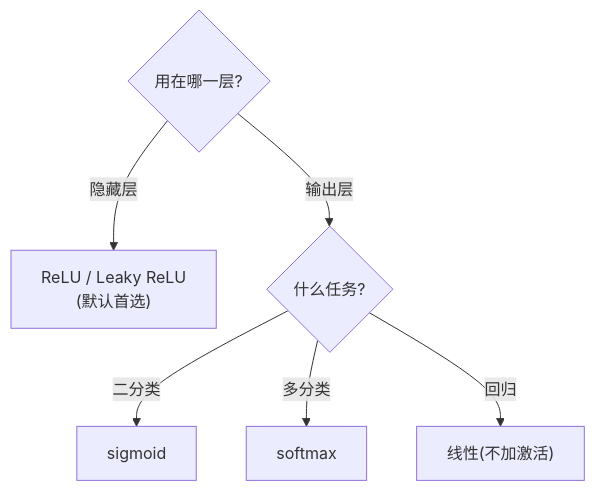
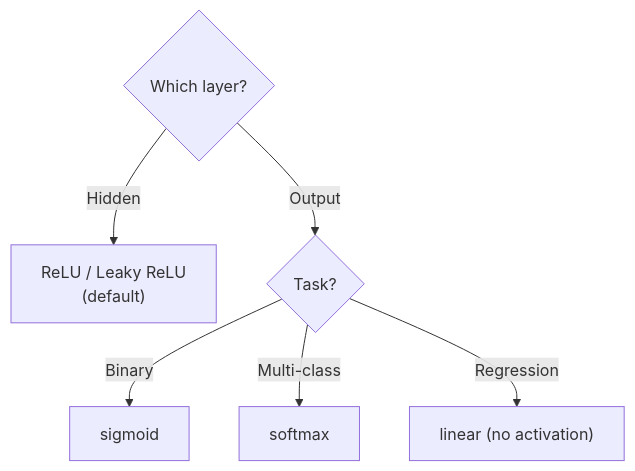
Before and after one commit to Korotomx/STD: the second of 4 diagrams in Artificial_Intelligence/DeepLearningRM/学习笔记/概念原理/N004 激活函数sigmoid-tanh-relu-leakyrelu.md, drawn with Mermaid. The commit also changed other lines of this file and 173 other files, not shown here.

````diff
--- a/Artificial_Intelligence/DeepLearningRM/学习笔记/概念原理/N004 激活函数sigmoid-tanh-relu-leakyrelu.md
+++ b/Artificial_Intelligence/DeepLearningRM/学习笔记/概念原理/N004 激活函数sigmoid-tanh-relu-leakyrelu.md
@@ -60,8 +29,8 @@
 ```mermaid
 flowchart TD
-    Q{"用在哪一层?"} -->|隐藏层| H["ReLU / Leaky ReLU<br/>(默认首选)"]
-    Q -->|输出层| R{"什么任务?"}
-    R -->|二分类| S["sigmoid"]
-    R -->|多分类| T["softmax"]
-    R -->|回归| U["线性(不加激活)"]
+    Q{"Which layer?"} -->|Hidden| H["ReLU / Leaky ReLU<br/>(default)"]
+    Q -->|Output| R{"Task?"}
+    R -->|Binary| S["sigmoid"]
+    R -->|Multi-class| T["softmax"]
+    R -->|Regression| U["linear (no activation)"]
 ```
````
